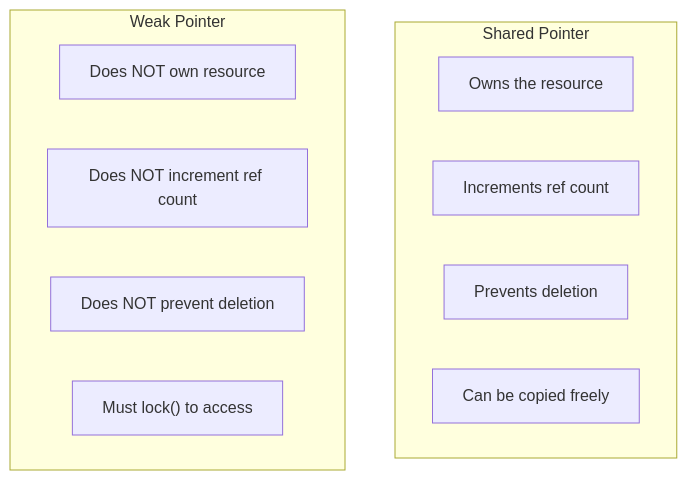
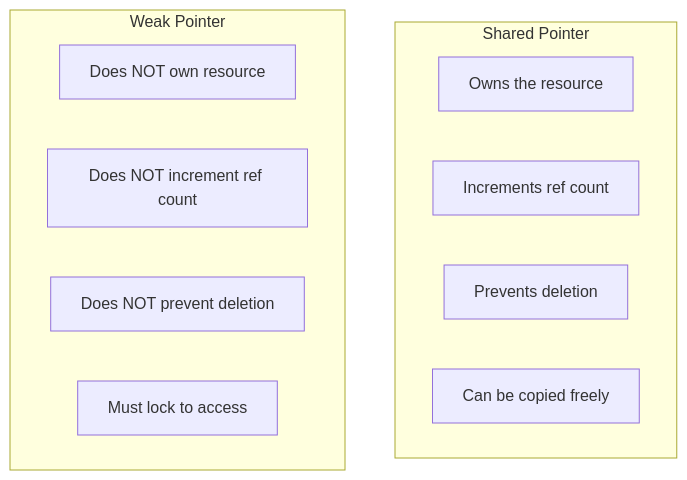
Before and after one commit to sushmitassathe25/Cpp-Pointers: the sixth of 11 diagrams in Weak pointers.md, drawn with Mermaid. The commit also changed other lines of this file, not shown here.

Commit message:
Fix mermaid diagram syntax in Weak Pointer Lifecycle section

````diff
--- a/Weak pointers.md
+++ b/Weak pointers.md
@@ -86,16 +86,16 @@
 ```mermaid
 graph TD
     subgraph Shared["Shared Pointer"]
         A1["Owns the resource"]
         A2["Increments ref count"]
         A3["Prevents deletion"]
         A4["Can be copied freely"]
     end
     
     subgraph Weak["Weak Pointer"]
         B1["Does NOT own resource"]
         B2["Does NOT increment ref count"]
         B3["Does NOT prevent deletion"]
-        B4["Must lock() to access"]
+        B4["Must lock to access"]
     end
 ```
````
